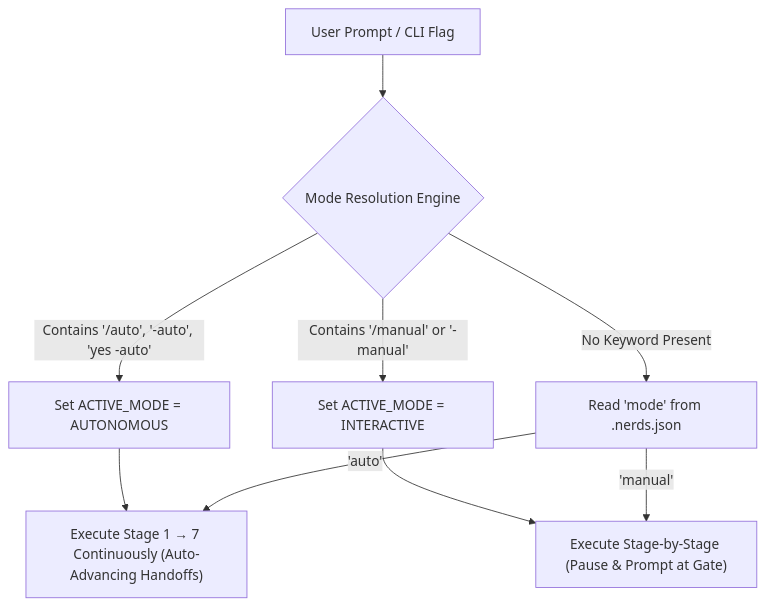
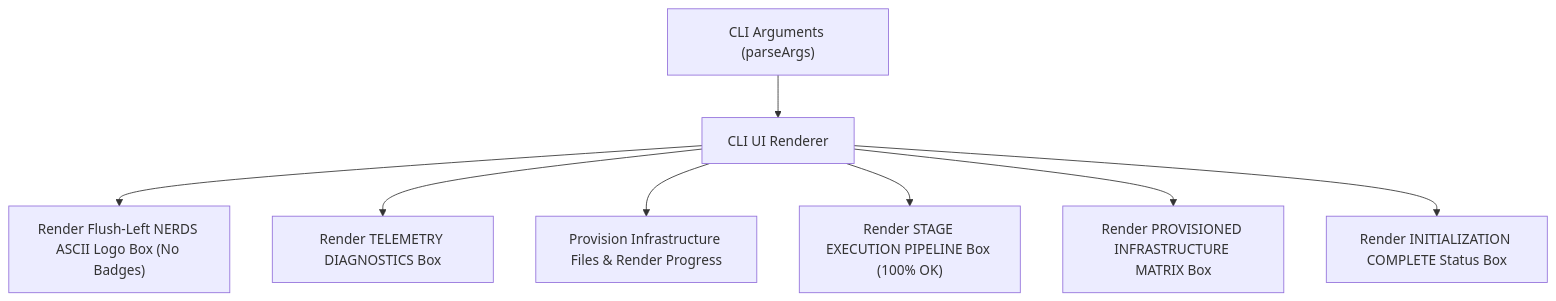
The diagram in implementation_plan.md (shlok377/nerds), drawn with Mermaid before and after one commit. The commit also changed other lines of this file and 5 other files, not shown here.

````diff
--- a/implementation_plan.md
+++ b/implementation_plan.md
@@ -24,12 +21,10 @@
 ```mermaid
 graph TD
-    A["User Prompt / CLI Flag"] --> B{"Mode Resolution Engine"}
-    B -->|Contains '/auto', '-auto', 'yes -auto'| C["Set ACTIVE_MODE = AUTONOMOUS"]
-    B -->|Contains '/manual' or '-manual'| D["Set ACTIVE_MODE = INTERACTIVE"]
-    B -->|No Keyword Present| E["Read 'mode' from .nerds.json"]
-    
-    C --> F["Execute Stage 1 → 7 Continuously (Auto-Advancing Handoffs)"]
-    D --> G["Execute Stage-by-Stage (Pause & Prompt at Gate)"]
-    E -->|'auto'| F
-    E -->|'manual'| G
+    A["CLI Arguments (parseArgs)"] --> B["CLI UI Renderer"]
+    B --> C["Render Flush-Left NERDS ASCII Logo Box (No Badges)"]
+    B --> D["Render TELEMETRY DIAGNOSTICS Box"]
+    B --> E["Provision Infrastructure Files & Render Progress"]
+    B --> F["Render STAGE EXECUTION PIPELINE Box (100% OK)"]
+    B --> G["Render PROVISIONED INFRASTRUCTURE MATRIX Box"]
+    B --> H["Render INITIALIZATION COMPLETE Status Box"]
 ```
````
